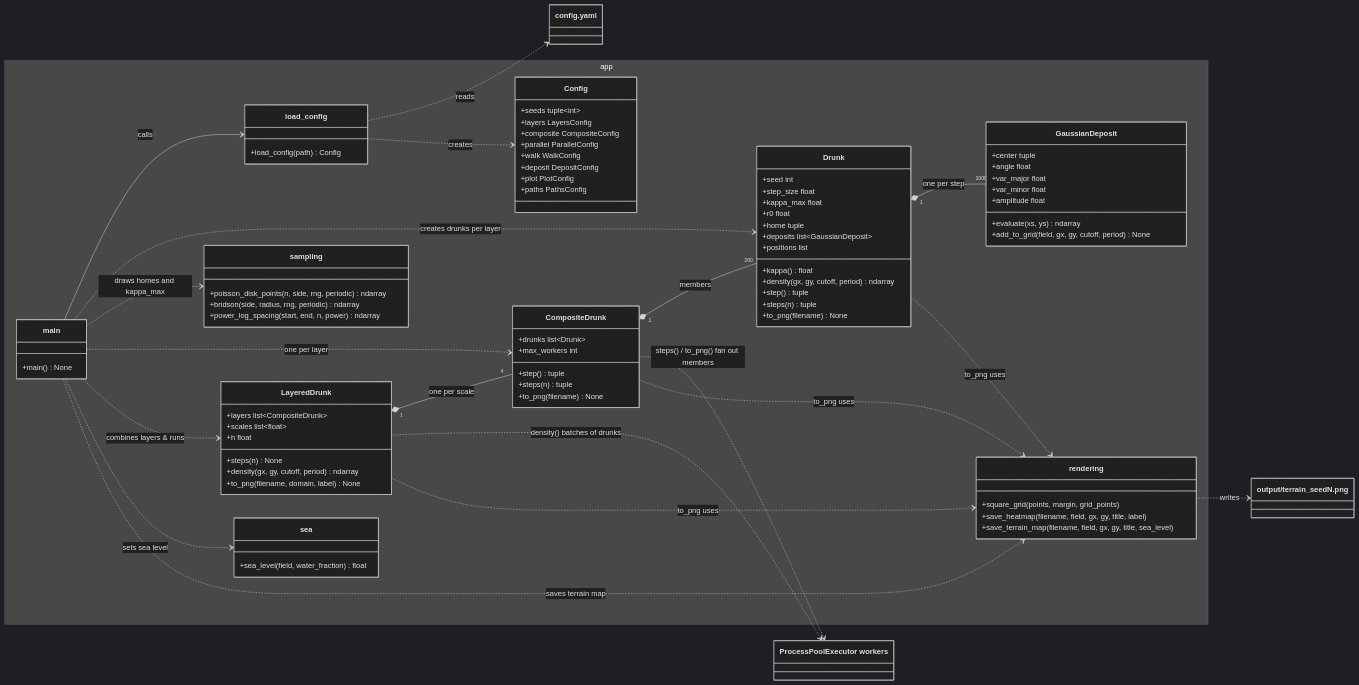
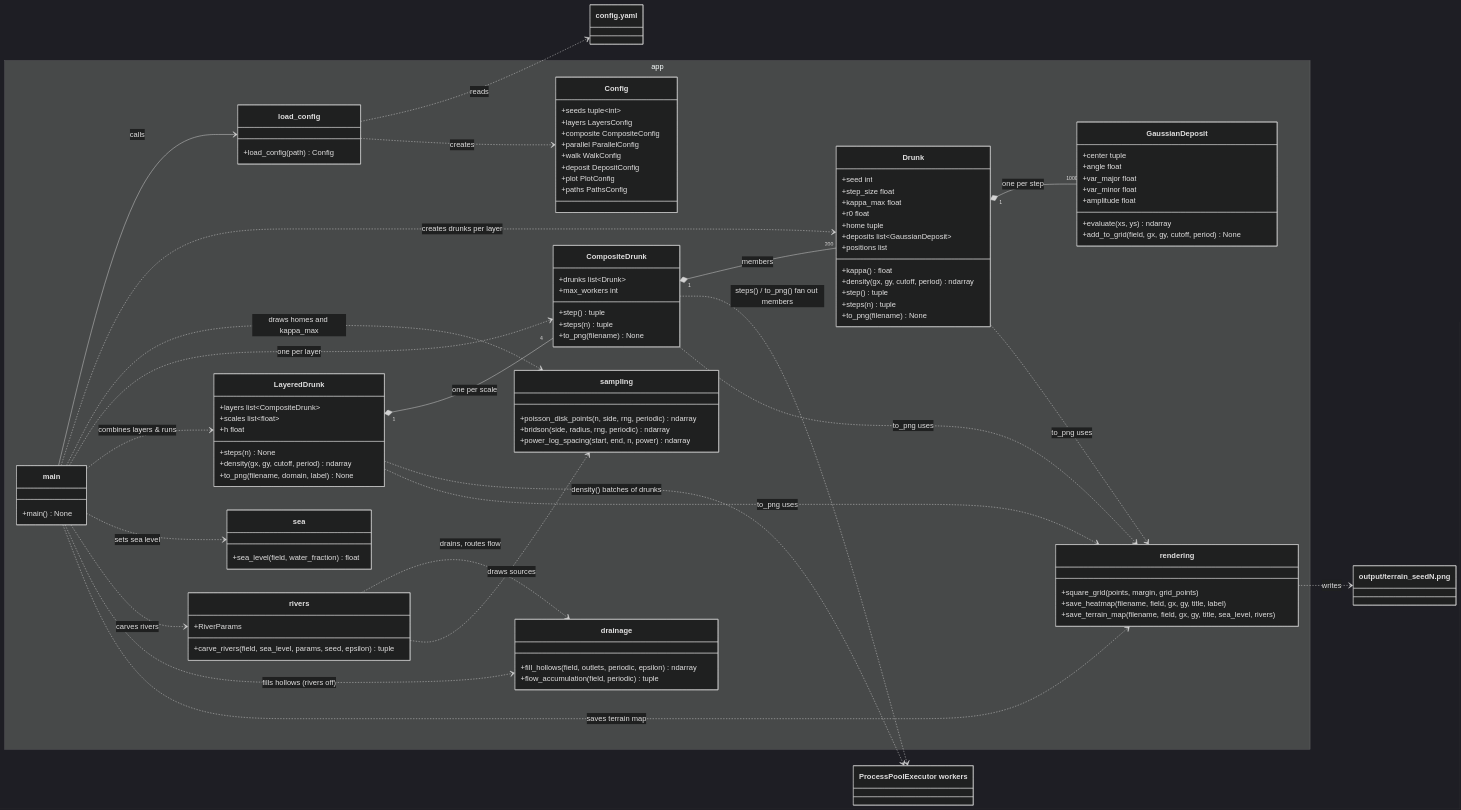
The third of 5 diagrams in README.md (michael-mayo/drunk), drawn with Mermaid (dark theme) before and after one commit. The commit also changed other lines of this file and 14 other files, not shown here.

Commit message:
added river terrain using a river drunk walker method that takes into account terrain gradient instead of home direction

```diff
--- a/README.md
+++ b/README.md
@@ -543,10 +672,18 @@
         class rendering {
             +square_grid(points, margin, grid_points)
             +save_heatmap(filename, field, gx, gy, title, label)
-            +save_terrain_map(filename, field, gx, gy, title, sea_level)
+            +save_terrain_map(filename, field, gx, gy, title, sea_level, rivers)
         }
         class sea {
             +sea_level(field, water_fraction) float
+        }
+        class drainage {
+            +fill_hollows(field, outlets, periodic, epsilon) ndarray
+            +flow_accumulation(field, periodic) tuple
+        }
+        class rivers {
+            +RiverParams
+            +carve_rivers(field, sea_level, params, seed, epsilon) tuple
         }
         class load_config {
             +load_config(path) Config
@@ -573,6 +710,10 @@
     main ..> CompositeDrunk : one per layer
     main ..> LayeredDrunk : combines layers & runs
     main ..> sea : sets sea level
+    main ..> rivers : carves rivers
+    main ..> drainage : fills hollows (rivers off)
+    rivers ..> drainage : drains, routes flow
+    rivers ..> sampling : draws sources
     main ..> rendering : saves terrain map
     LayeredDrunk "1" *-- "4" CompositeDrunk : one per scale
     LayeredDrunk ..> ProcessPool : density() batches of drunks
```
